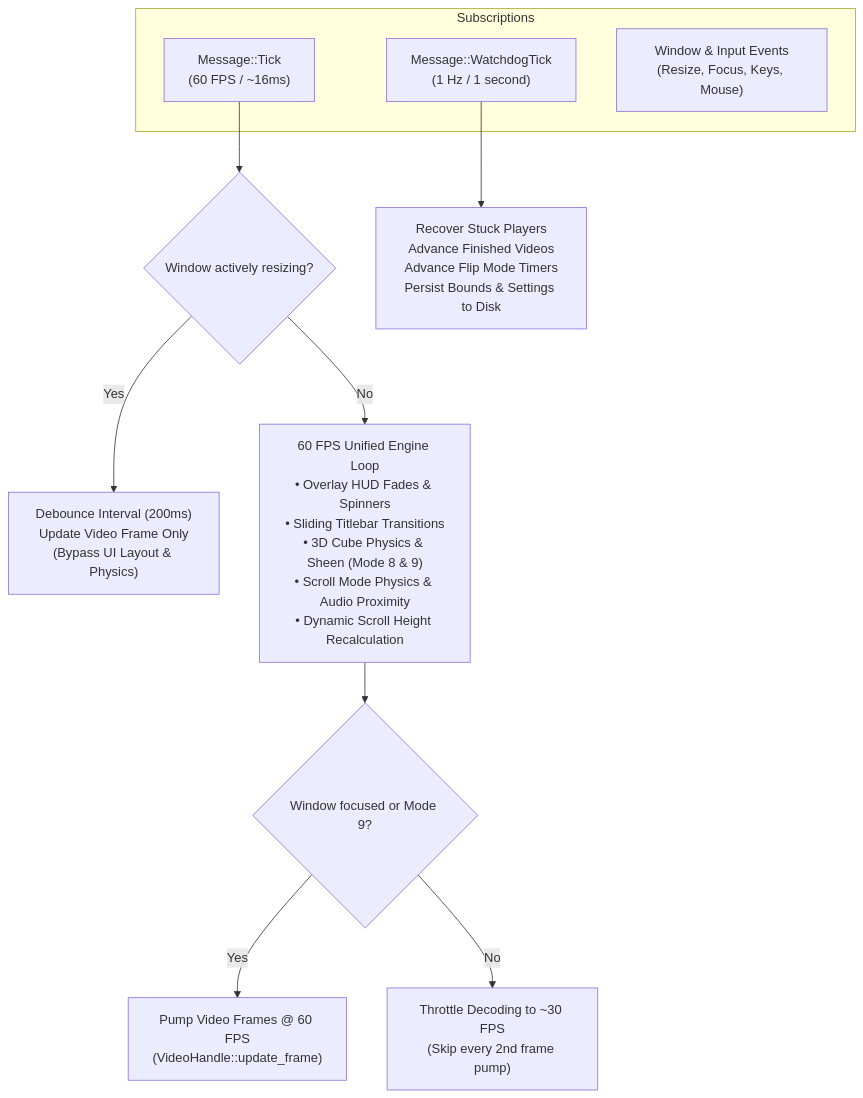
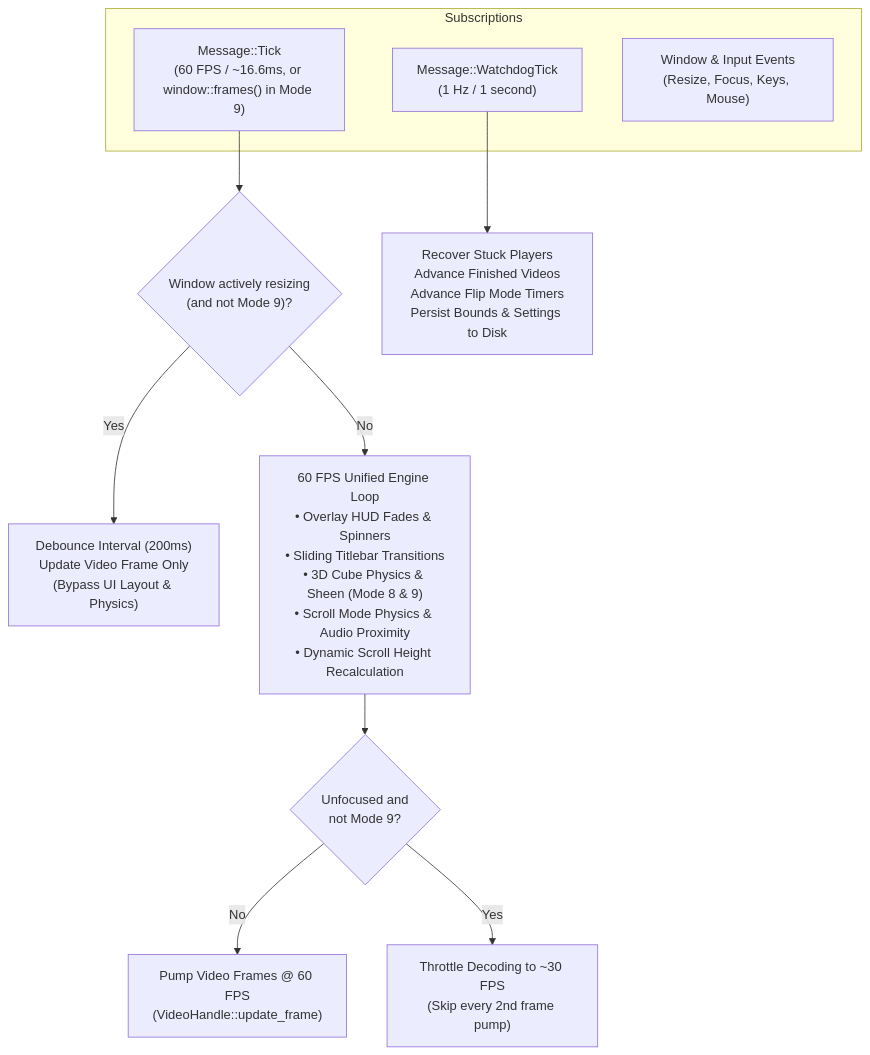
Before and after one commit to alkali-softworks/wazoo: the second of 2 diagrams in docs/wazoo-app.md, drawn with Mermaid. The commit also changed other lines of this file and 6 other files, not shown here.

````diff
--- a/docs/wazoo-app.md
+++ b/docs/wazoo-app.md
@@ -86,18 +106,18 @@
 ```mermaid
 graph TD
     subgraph Subscriptions
-        Tick["Message::Tick<br/>(60 FPS / ~16ms)"]
+        Tick["Message::Tick<br/>(60 FPS / ~16.6ms, or window::frames() in Mode 9)"]
         WT["Message::WatchdogTick<br/>(1 Hz / 1 second)"]
         WinEvents["Window & Input Events<br/>(Resize, Focus, Keys, Mouse)"]
     end
 
-    Tick --> Resizing{"Window actively resizing?"}
+    Tick --> Resizing{"Window actively resizing<br/>(and not Mode 9)?"}
     Resizing -->|Yes| ResizeMode["Debounce Interval (200ms)<br/>Update Video Frame Only<br/>(Bypass UI Layout & Physics)"]
     Resizing -->|No| Full60["60 FPS Unified Engine Loop<br/>• Overlay HUD Fades & Spinners<br/>• Sliding Titlebar Transitions<br/>• 3D Cube Physics & Sheen (Mode 8 & 9)<br/>• Scroll Mode Physics & Audio Proximity<br/>• Dynamic Scroll Height Recalculation"]
 
-    Full60 --> Throttle{"Window focused or Mode 9?"}
-    Throttle -->|Yes| FullFrames["Pump Video Frames @ 60 FPS<br/>(VideoHandle::update_frame)"]
-    Throttle -->|No| HalfFrames["Throttle Decoding to ~30 FPS<br/>(Skip every 2nd frame pump)"]
+    Full60 --> Throttle{"Unfocused and<br/>not Mode 9?"}
+    Throttle -->|No| FullFrames["Pump Video Frames @ 60 FPS<br/>(VideoHandle::update_frame)"]
+    Throttle -->|Yes| HalfFrames["Throttle Decoding to ~30 FPS<br/>(Skip every 2nd frame pump)"]
 
     WT --> Watchdog["Recover Stuck Players<br/>Advance Finished Videos<br/>Advance Flip Mode Timers<br/>Persist Bounds & Settings to Disk"]
 ```
````
